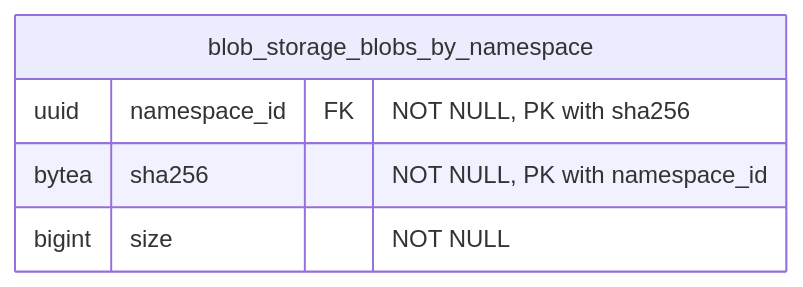
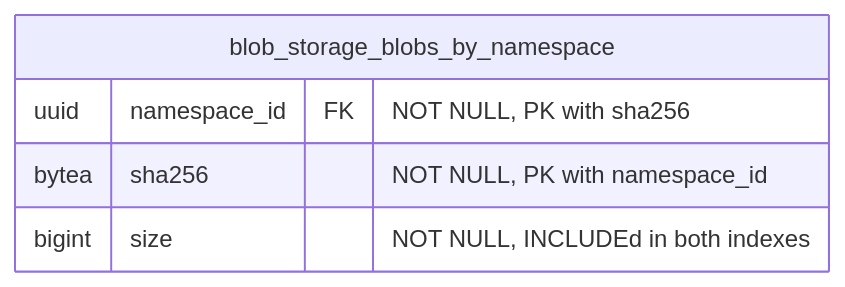
Diagram 19 of 19 in content/handbook/engineering/architecture/design-documents/artifact_registry/decisions/007_database_schema.md (kyama0/gitlab-handbook-ja), drawn with Mermaid before and after one commit. The commit also changed other lines of this file and 12 other files, not shown here.

````diff
--- a/content/handbook/engineering/architecture/design-documents/artifact_registry/decisions/007_database_schema.md
+++ b/content/handbook/engineering/architecture/design-documents/artifact_registry/decisions/007_database_schema.md
@@ -2015,8 +2015,8 @@
 ```mermaid
 erDiagram
     blob_storage_blobs_by_namespace {
         uuid namespace_id FK "NOT NULL, PK with sha256"
         bytea sha256 "NOT NULL, PK with namespace_id"
-        bigint size "NOT NULL"
+        bigint size "NOT NULL, INCLUDEd in both indexes"
     }
 ```
````
